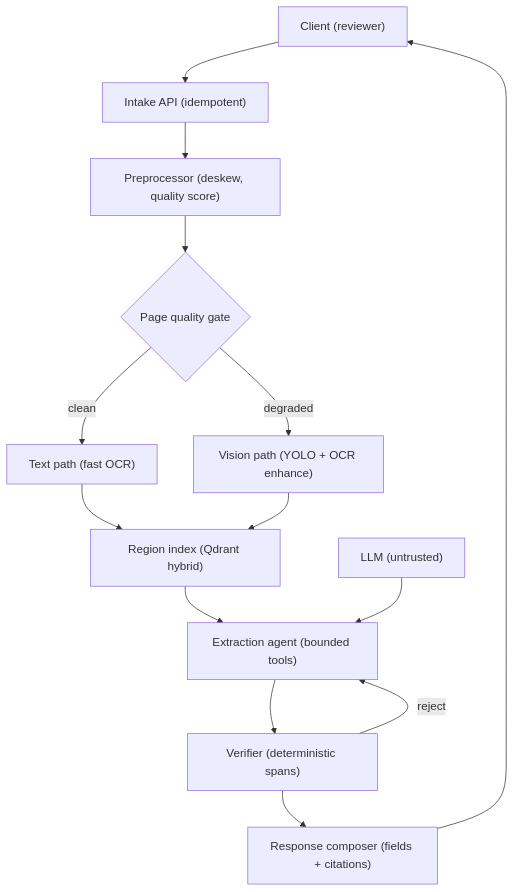
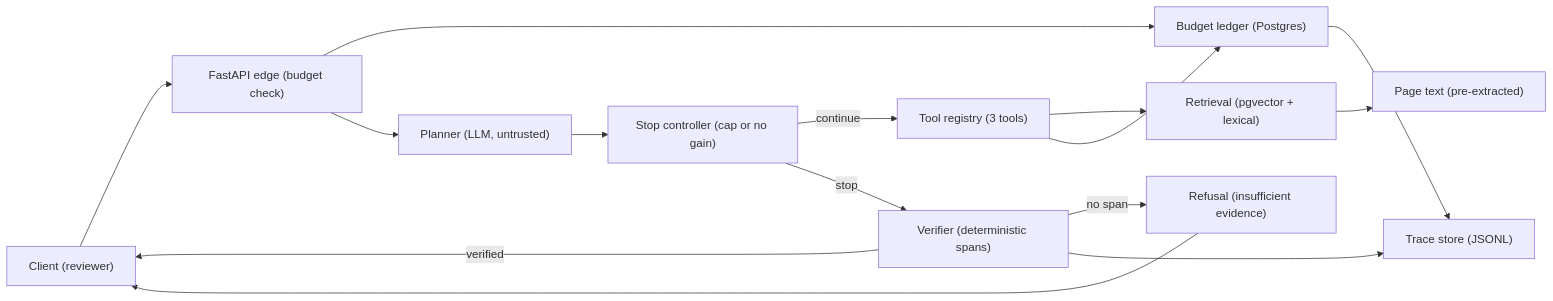
Before and after one commit to strng-fer/ai-portfolio-architect: the diagram in portfolios/indocyber_global_teknologi_ai_engineer/diagrams/system_architecture.mmd, drawn with Mermaid. The commit also changed 16 other files, not shown here.

```diff
--- a/portfolios/indocyber_global_teknologi_ai_engineer/diagrams/system_architecture.mmd
+++ b/portfolios/indocyber_global_teknologi_ai_engineer/diagrams/system_architecture.mmd
@@ -1,14 +1,15 @@
-flowchart TD
-    A["Client (reviewer)"] --> B["Intake API (idempotent)"]
-    B --> C["Preprocessor (deskew, quality score)"]
-    C --> D{"Page quality gate"}
-    D -->|clean| E["Text path (fast OCR)"]
-    D -->|degraded| F["Vision path (YOLO + OCR enhance)"]
-    E --> G["Region index (Qdrant hybrid)"]
-    F --> G
-    G --> H["Extraction agent (bounded tools)"]
-    J["LLM (untrusted)"] --> H
-    H --> I["Verifier (deterministic spans)"]
-    I --> K["Response composer (fields + citations)"]
-    K --> A
-    I -->|reject| H
+flowchart LR
+    C["Client (reviewer)"] --> A["FastAPI edge (budget check)"]
+    A --> L["Budget ledger (Postgres)"]
+    A --> P["Planner (LLM, untrusted)"]
+    P --> S["Stop controller (cap or no gain)"]
+    S -->|continue| T["Tool registry (3 tools)"]
+    T --> R["Retrieval (pgvector + lexical)"]
+    R --> O["Page text (pre-extracted)"]
+    T --> L
+    S -->|stop| V["Verifier (deterministic spans)"]
+    V -->|verified| C
+    V -->|no span| X["Refusal (insufficient evidence)"]
+    X --> C
+    L --> E["Trace store (JSONL)"]
+    V --> E
```
